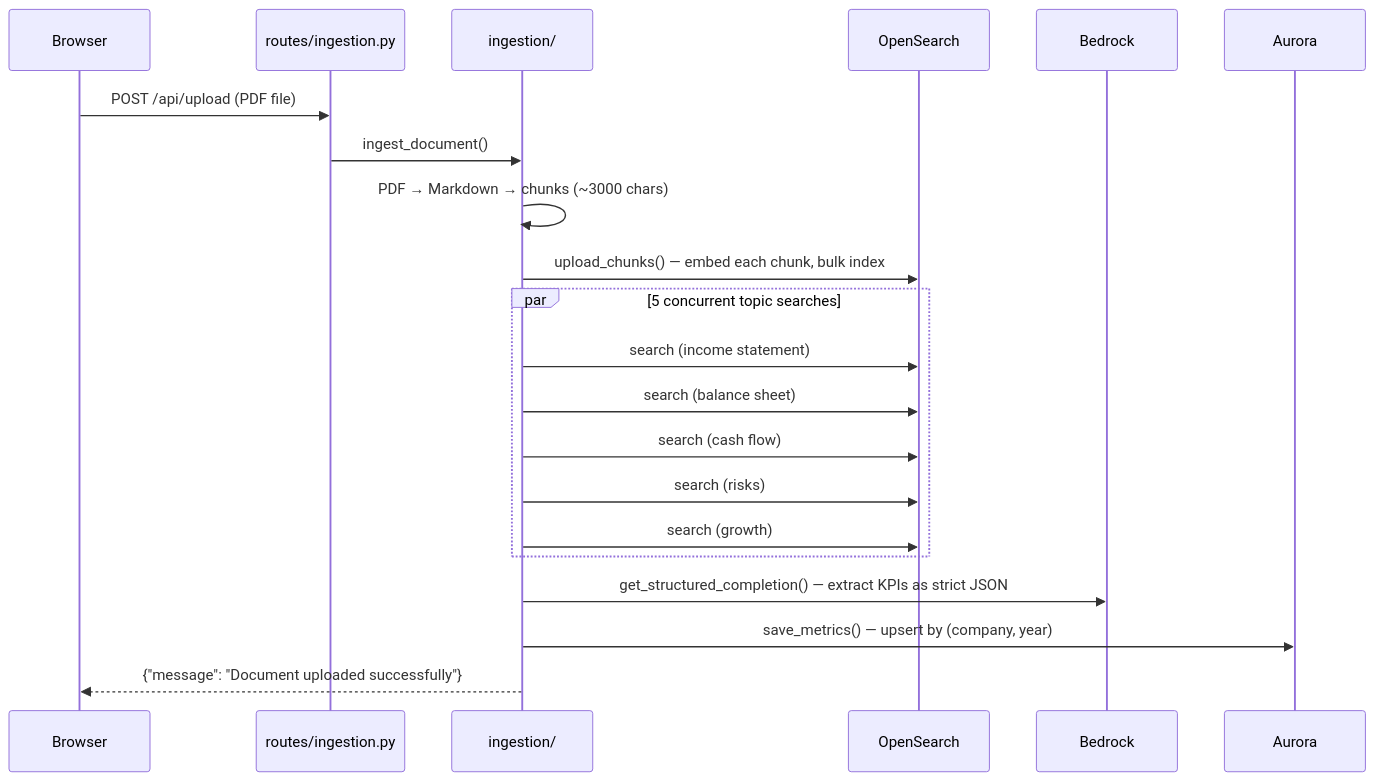
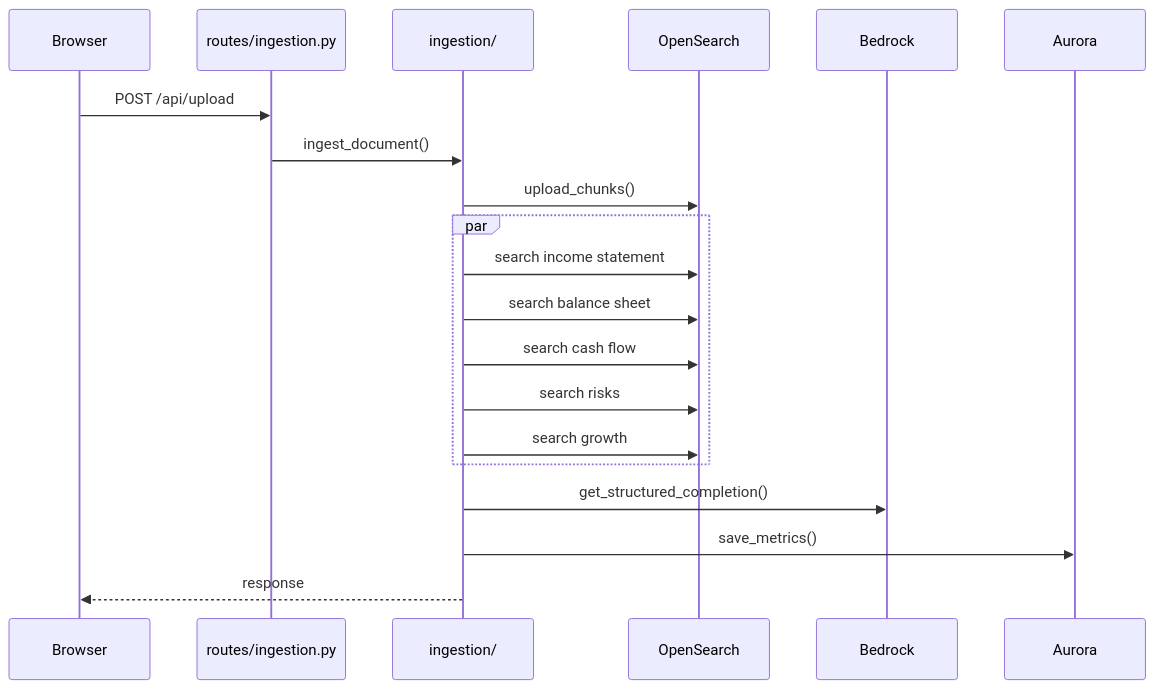
One commit to space-cowman/investor-intelligence-rag changed the third of 3 diagrams in README.md. Above: the diagram before and after it, drawn with Mermaid. The commit also changed other lines of this file, not shown here.

````diff
--- a/README.md
+++ b/README.md
@@ -96,24 +103,23 @@
 ```mermaid
 sequenceDiagram
     participant U as Browser
     participant R as routes/ingestion.py
     participant I as ingestion/
     participant O as OpenSearch
     participant B as Bedrock
     participant D as Aurora
 
-    U->>R: POST /api/upload (PDF file)
+    U->>R: POST /api/upload
     R->>I: ingest_document()
-    I->>I: PDF → Markdown → chunks (~3000 chars)
-    I->>O: upload_chunks() — embed each chunk, bulk index
-    par 5 concurrent topic searches
-        I->>O: search (income statement)
-        I->>O: search (balance sheet)
-        I->>O: search (cash flow)
-        I->>O: search (risks)
-        I->>O: search (growth)
+    I->>O: upload_chunks()
+    par
+        I->>O: search income statement
+        I->>O: search balance sheet
+        I->>O: search cash flow
+        I->>O: search risks
+        I->>O: search growth
     end
-    I->>B: get_structured_completion() — extract KPIs as strict JSON
-    I->>D: save_metrics() — upsert by (company, year)
-    I-->>U: {"message": "Document uploaded successfully"}
+    I->>B: get_structured_completion()
+    I->>D: save_metrics()
+    I-->>U: response
 ```
````
